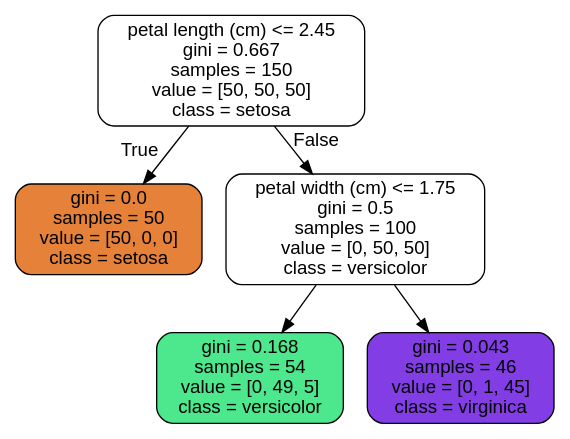
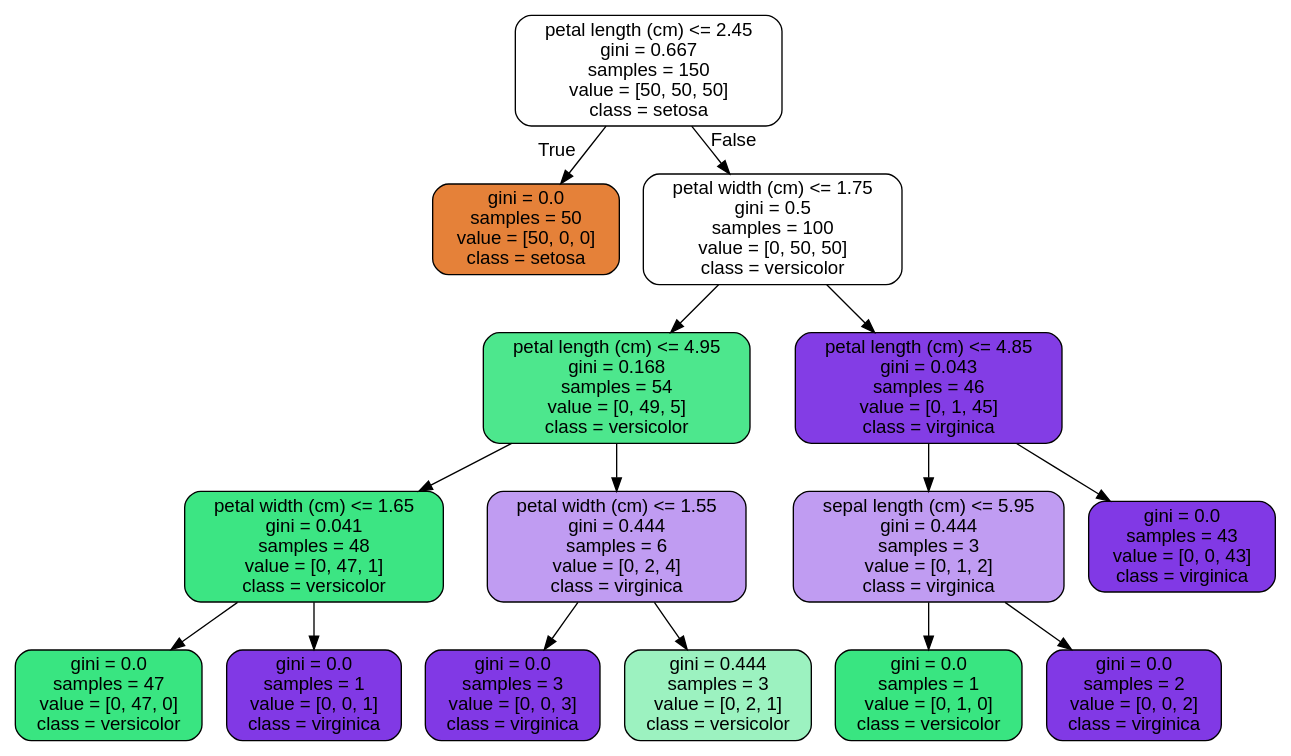
One commit to vishal-pandey/ml-and-ds changed the diagram in iris_tree.dot. Above: the diagram before and after it, drawn with Graphviz. The commit also changed 3 other files, not shown here.

```diff
--- a/iris_tree.dot
+++ b/iris_tree.dot
@@ -1,13 +1,33 @@
 digraph Tree {
 node [shape=box, style="filled, rounded", color="black", fontname=helvetica] ;
 edge [fontname=helvetica] ;
 0 [label="petal length (cm) <= 2.45\ngini = 0.667\nsamples = 150\nvalue = [50, 50, 50]\nclass = setosa", fillcolor="#e5813900"] ;
 1 [label="gini = 0.0\nsamples = 50\nvalue = [50, 0, 0]\nclass = setosa", fillcolor="#e58139ff"] ;
 0 -> 1 [labeldistance=2.5, labelangle=45, headlabel="True"] ;
 2 [label="petal width (cm) <= 1.75\ngini = 0.5\nsamples = 100\nvalue = [0, 50, 50]\nclass = versicolor", fillcolor="#39e58100"] ;
 0 -> 2 [labeldistance=2.5, labelangle=-45, headlabel="False"] ;
-3 [label="gini = 0.168\nsamples = 54\nvalue = [0, 49, 5]\nclass = versicolor", fillcolor="#39e581e5"] ;
+3 [label="petal length (cm) <= 4.95\ngini = 0.168\nsamples = 54\nvalue = [0, 49, 5]\nclass = versicolor", fillcolor="#39e581e5"] ;
 2 -> 3 ;
-4 [label="gini = 0.043\nsamples = 46\nvalue = [0, 1, 45]\nclass = virginica", fillcolor="#8139e5f9"] ;
-2 -> 4 ;
+4 [label="petal width (cm) <= 1.65\ngini = 0.041\nsamples = 48\nvalue = [0, 47, 1]\nclass = versicolor", fillcolor="#39e581fa"] ;
+3 -> 4 ;
+5 [label="gini = 0.0\nsamples = 47\nvalue = [0, 47, 0]\nclass = versicolor", fillcolor="#39e581ff"] ;
+4 -> 5 ;
+6 [label="gini = 0.0\nsamples = 1\nvalue = [0, 0, 1]\nclass = virginica", fillcolor="#8139e5ff"] ;
+4 -> 6 ;
+7 [label="petal width (cm) <= 1.55\ngini = 0.444\nsamples = 6\nvalue = [0, 2, 4]\nclass = virginica", fillcolor="#8139e57f"] ;
+3 -> 7 ;
+8 [label="gini = 0.0\nsamples = 3\nvalue = [0, 0, 3]\nclass = virginica", fillcolor="#8139e5ff"] ;
+7 -> 8 ;
+9 [label="gini = 0.444\nsamples = 3\nvalue = [0, 2, 1]\nclass = versicolor", fillcolor="#39e5817f"] ;
+7 -> 9 ;
+10 [label="petal length (cm) <= 4.85\ngini = 0.043\nsamples = 46\nvalue = [0, 1, 45]\nclass = virginica", fillcolor="#8139e5f9"] ;
+2 -> 10 ;
+11 [label="sepal length (cm) <= 5.95\ngini = 0.444\nsamples = 3\nvalue = [0, 1, 2]\nclass = virginica", fillcolor="#8139e57f"] ;
+10 -> 11 ;
+12 [label="gini = 0.0\nsamples = 1\nvalue = [0, 1, 0]\nclass = versicolor", fillcolor="#39e581ff"] ;
+11 -> 12 ;
+13 [label="gini = 0.0\nsamples = 2\nvalue = [0, 0, 2]\nclass = virginica", fillcolor="#8139e5ff"] ;
+11 -> 13 ;
+14 [label="gini = 0.0\nsamples = 43\nvalue = [0, 0, 43]\nclass = virginica", fillcolor="#8139e5ff"] ;
+10 -> 14 ;
 }
```
